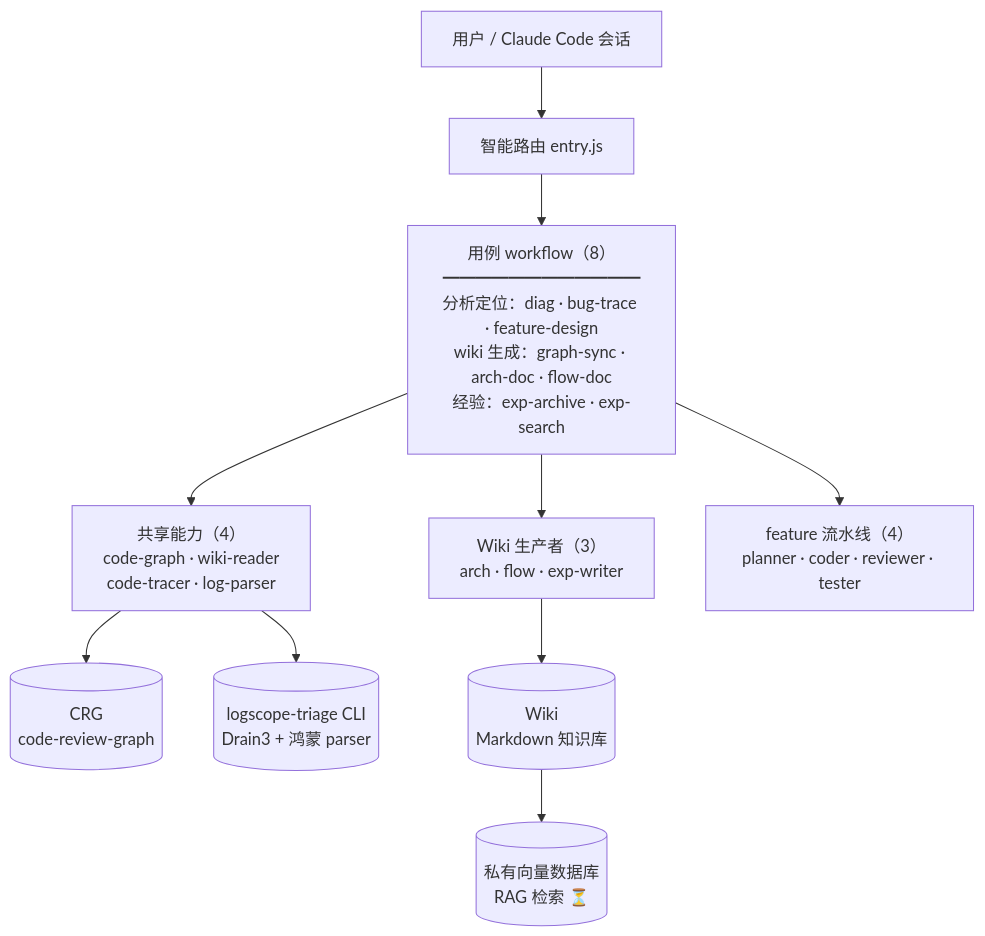
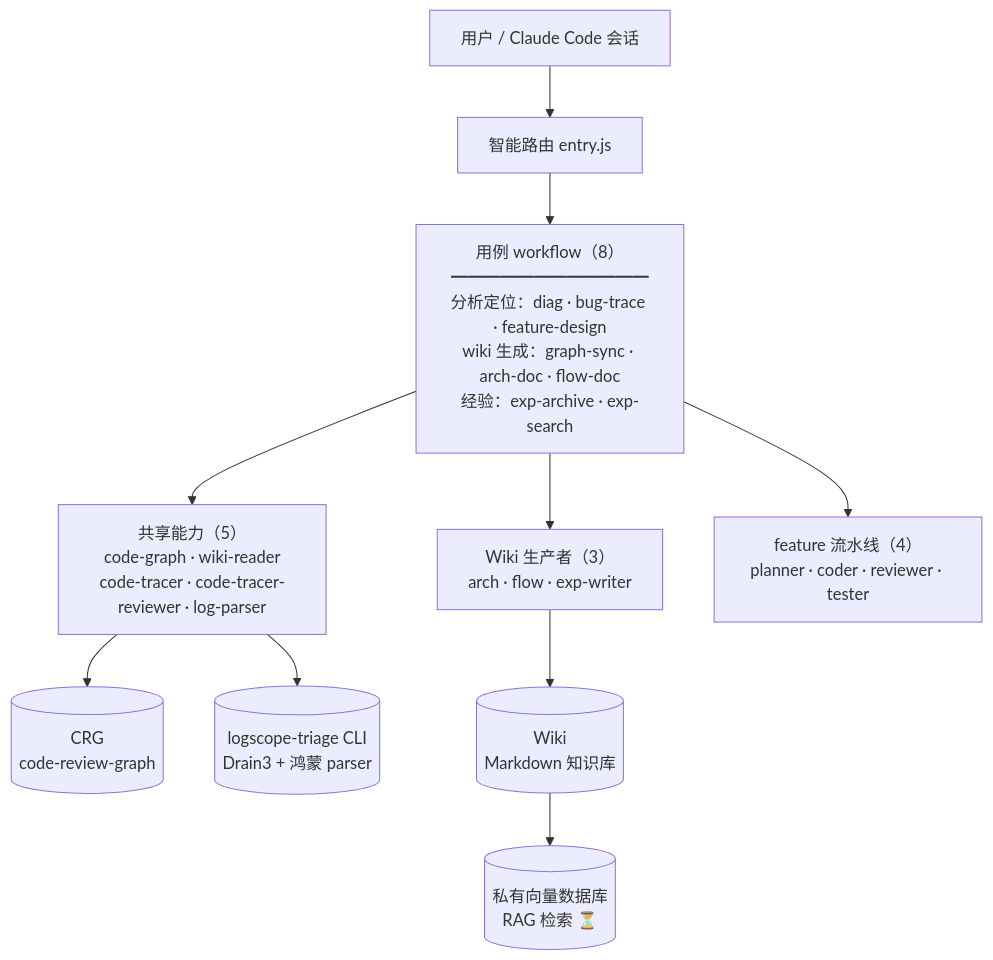
The diagram in README.md (astronautJack/HiAgent), drawn with Mermaid before and after one commit.

Commit message:
README 架构图修：共享能力 4→5 加 code-tracer-reviewer（P1.11 漏更新） (#5)

````diff
--- a/README.md
+++ b/README.md
@@ -7,12 +7,12 @@
 ```mermaid
 flowchart TB
     Sess["用户 / Claude Code 会话"] --> Entry["智能路由 entry.js"]
     Entry --> WFs["用例 workflow（8）<br/>━━━━━━━━━━━━<br/>分析定位：diag · bug-trace · feature-design<br/>wiki 生成：graph-sync · arch-doc · flow-doc<br/>经验：exp-archive · exp-search"]
-    WFs --> Shared["共享能力（4）<br/>code-graph · wiki-reader<br/>code-tracer · log-parser"]
+    WFs --> Shared["共享能力（5）<br/>code-graph · wiki-reader<br/>code-tracer · code-tracer-reviewer · log-parser"]
     WFs --> Producers["Wiki 生产者（3）<br/>arch · flow · exp-writer"]
     WFs --> Pipeline["feature 流水线（4）<br/>planner · coder · reviewer · tester"]
     Shared --> CRG[("CRG<br/>code-review-graph")]
     Shared --> CLI[("logscope-triage CLI<br/>Drain3 + 鸿蒙 parser")]
     Producers --> Wiki[("Wiki<br/>Markdown 知识库")]
     Wiki --> ATH[("私有向量数据库<br/>RAG 检索 ⏳")]
 ```
````
